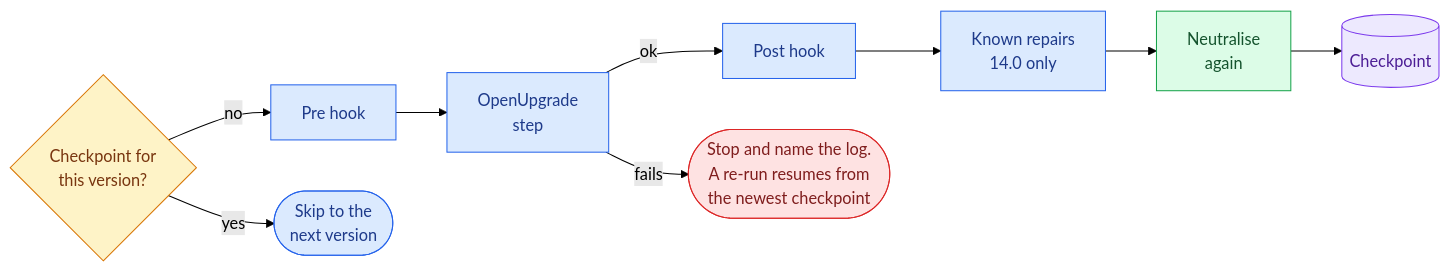
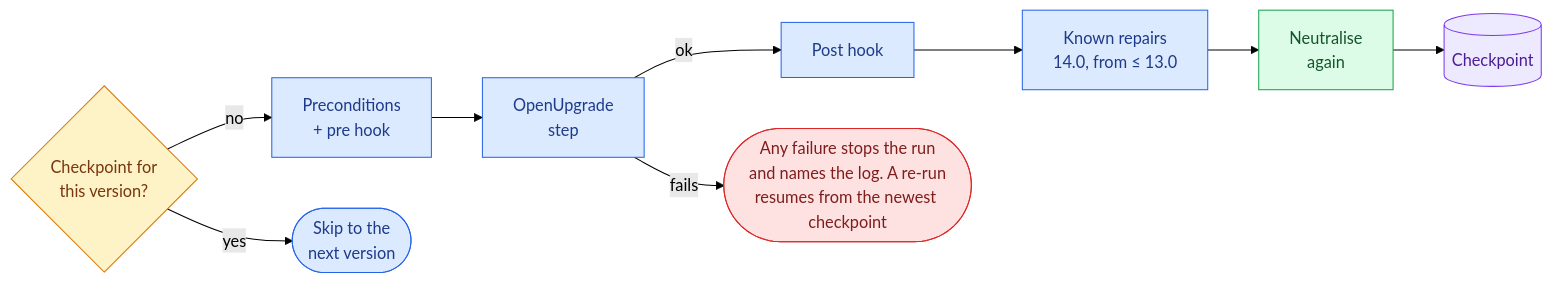
The diagram in docs/migration/running.md (grojof/odoo_dev_workspace_generator), drawn with Mermaid (forest theme) before and after one commit. The commit also changed other lines of this file and 21 other files, not shown here.

````diff
--- a/docs/migration/running.md
+++ b/docs/migration/running.md
@@ -67,17 +70,17 @@
 ```mermaid
 flowchart LR
-    K{Checkpoint for<br/>this version?} -- no --> P[Pre hook] --> O[OpenUpgrade<br/>step]
-    O -- ok --> H[Post hook] --> R[Known repairs<br/>14.0 only] --> N[Neutralise<br/>again] --> C[(Checkpoint)]
+    K{Checkpoint for<br/>this version?} -- no --> P[Preconditions<br/>+ pre hook] --> O[OpenUpgrade<br/>step]
+    O -- ok --> H[Post hook] --> R[Known repairs<br/>14.0, from ≤ 13.0] --> N[Neutralise<br/>again] --> C[(Checkpoint)]
     K -- yes --> Y([Skip to the<br/>next version])
-    O -- fails --> X([Stop and name the log.<br/>A re-run resumes from<br/>the newest checkpoint])
+    O -- fails --> X([Any failure stops the run<br/>and names the log. A re-run<br/>resumes from the newest checkpoint])
     classDef step fill:#dbeafe,stroke:#2563eb,color:#1e3a8a
     classDef ask fill:#fef3c7,stroke:#d97706,color:#78350f
     classDef guard fill:#dcfce7,stroke:#16a34a,color:#14532d
     classDef stop fill:#fee2e2,stroke:#dc2626,color:#7f1d1d
     classDef data fill:#ede9fe,stroke:#7c3aed,color:#4c1d95
     class P,O,H,R,Y step
     class K ask
     class N guard
     class X stop
     class C data
 ```
````
